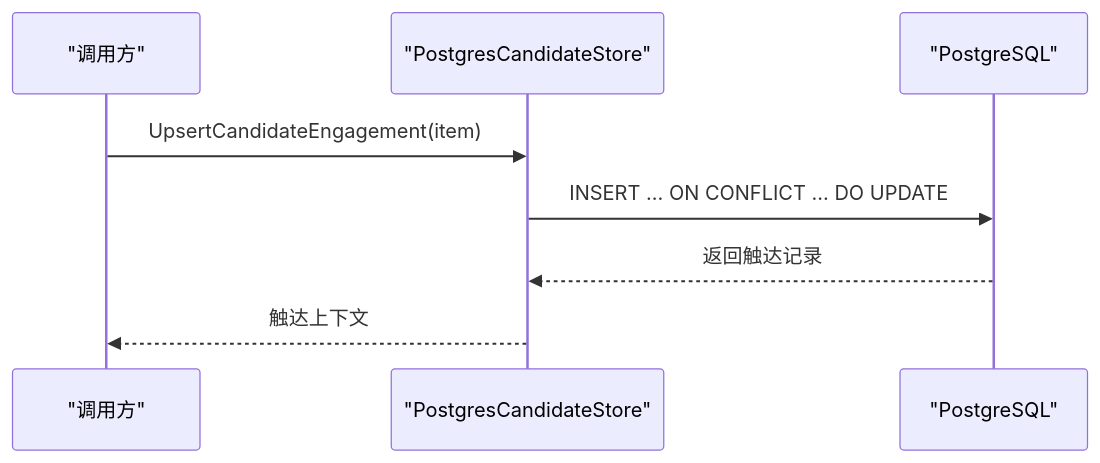
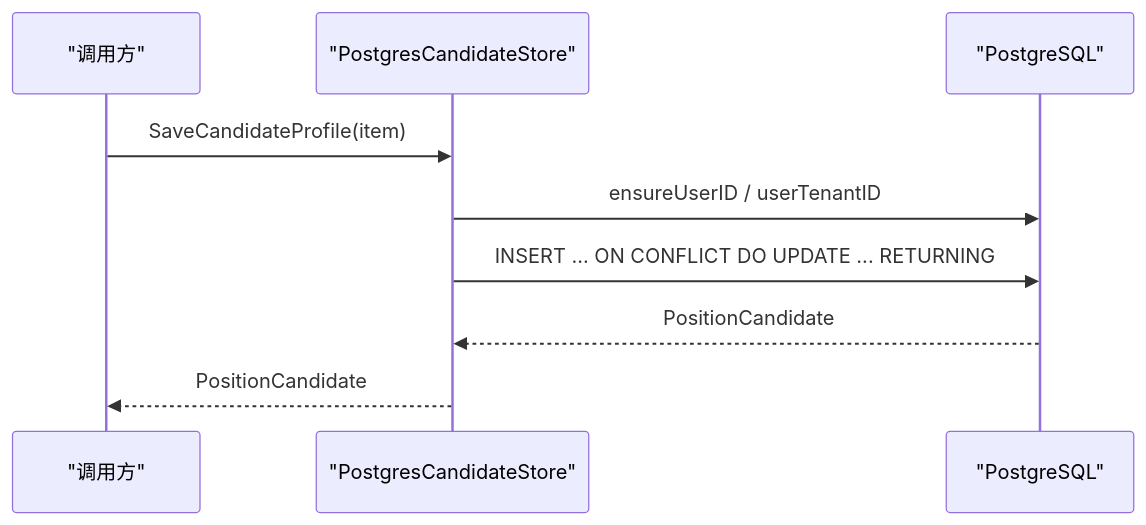
Before and after one commit to alvinwangzi/goodhr: the third of 8 diagrams in .qoder/repowiki/zh/content/云端后端服务/候选人处理系统/候选人数据摄入/候选人数据存储处理.md, drawn with Mermaid. The commit also changed other lines of this file and 149 other files, not shown here.

````diff
--- a/.qoder/repowiki/zh/content/云端后端服务/候选人处理系统/候选人数据摄入/候选人数据存储处理.md
+++ b/.qoder/repowiki/zh/content/云端后端服务/候选人处理系统/候选人数据摄入/候选人数据存储处理.md
@@ -147,10 +190,11 @@
 ```mermaid
 sequenceDiagram
 participant Caller as "调用方"
 participant Store as "PostgresCandidateStore"
 participant DB as "PostgreSQL"
-Caller->>Store : UpsertCandidateEngagement(item)
-Store->>DB : INSERT ... ON CONFLICT ... DO UPDATE
-DB-->>Store : 返回触达记录
-Store-->>Caller : 触达上下文
+Caller->>Store : SaveCandidateProfile(item)
+Store->>DB : ensureUserID / userTenantID
+Store->>DB : INSERT ... ON CONFLICT DO UPDATE ... RETURNING
+DB-->>Store : PositionCandidate
+Store-->>Caller : PositionCandidate
 ```
````
